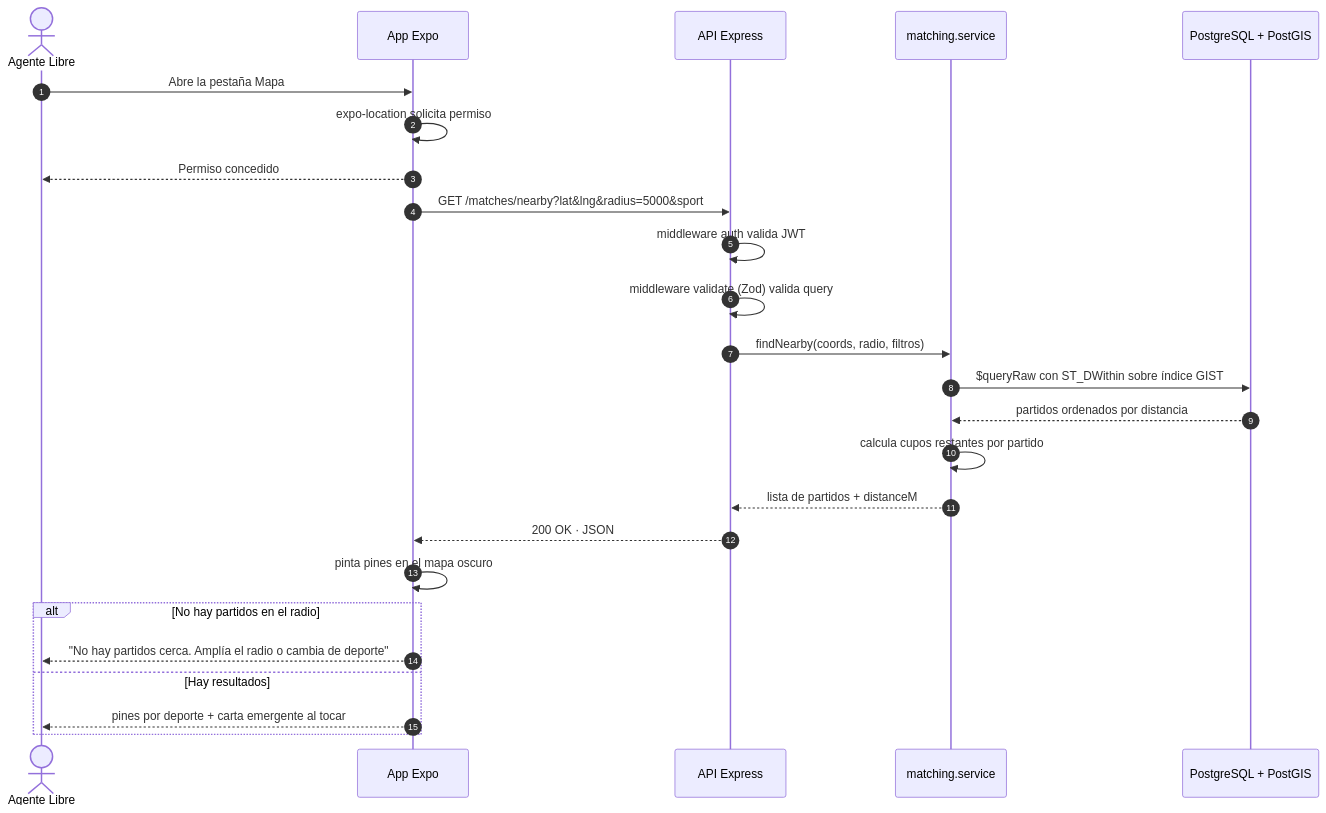
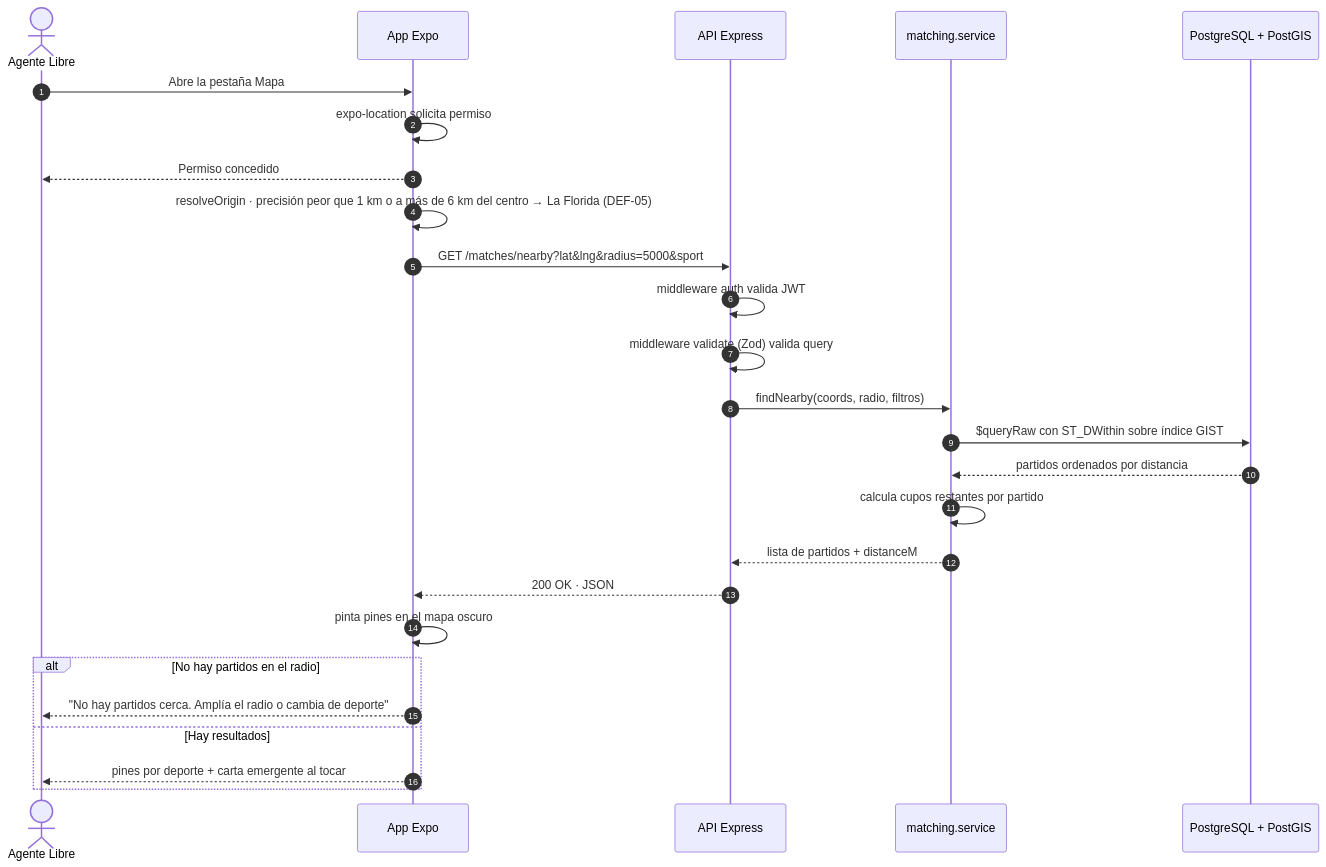
The second of 8 diagrams in fase-2-desarrollo/docs/02-diagramas-uml.md (avenaaaa/KANCHA), drawn with Mermaid before and after one commit. The commit also changed other lines of this file and 37 other files, not shown here.

````diff
--- a/fase-2-desarrollo/docs/02-diagramas-uml.md
+++ b/fase-2-desarrollo/docs/02-diagramas-uml.md
@@ -60,29 +65,30 @@
 ```mermaid
 sequenceDiagram
     autonumber
     actor U as Agente Libre
     participant APP as App Expo
     participant API as API Express
     participant SVC as matching.service
     participant DB as PostgreSQL + PostGIS
 
     U->>APP: Abre la pestaña Mapa
     APP->>APP: expo-location solicita permiso
     APP-->>U: Permiso concedido
+    APP->>APP: resolveOrigin · precisión peor que 1 km o a más de 6 km del centro → La Florida (DEF-05)
     APP->>API: GET /matches/nearby?lat&lng&radius=5000&sport
     API->>API: middleware auth valida JWT
     API->>API: middleware validate (Zod) valida query
     API->>SVC: findNearby(coords, radio, filtros)
     SVC->>DB: $queryRaw con ST_DWithin sobre índice GIST
     DB-->>SVC: partidos ordenados por distancia
     SVC->>SVC: calcula cupos restantes por partido
     SVC-->>API: lista de partidos + distanceM
     API-->>APP: 200 OK · JSON
     APP->>APP: pinta pines en el mapa oscuro
 
     alt No hay partidos en el radio
         APP-->>U: "No hay partidos cerca. Amplía el radio o cambia de deporte"
     else Hay resultados
         APP-->>U: pines por deporte + carta emergente al tocar
     end
 ```
````
